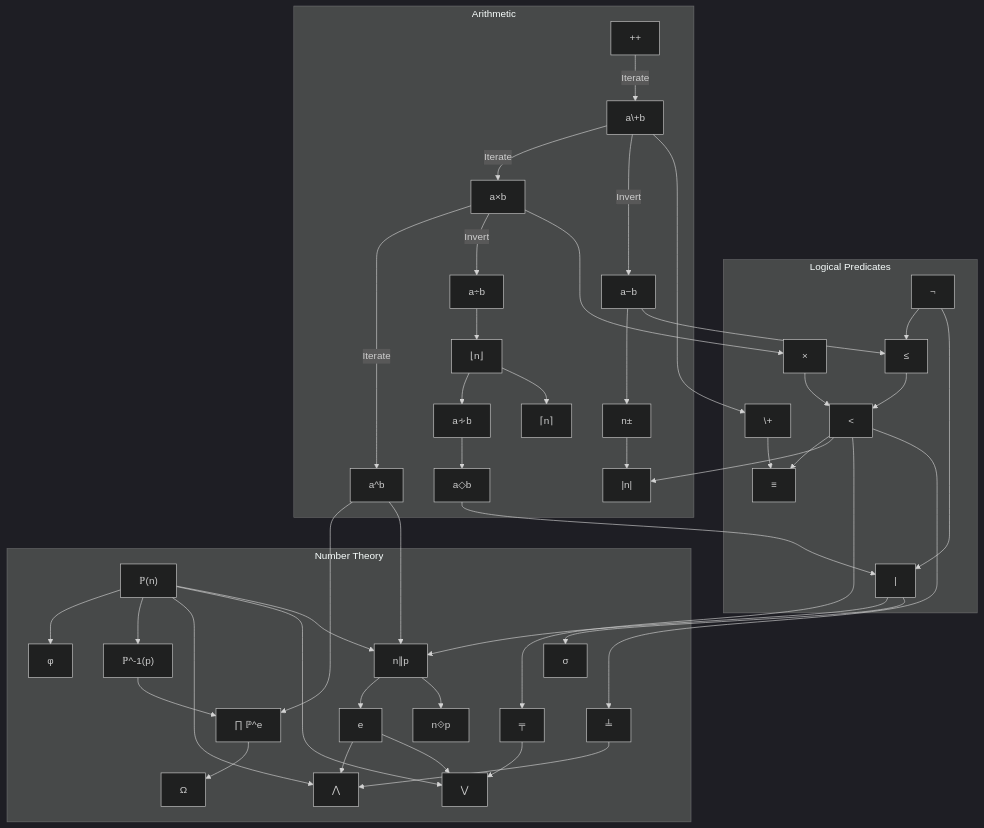
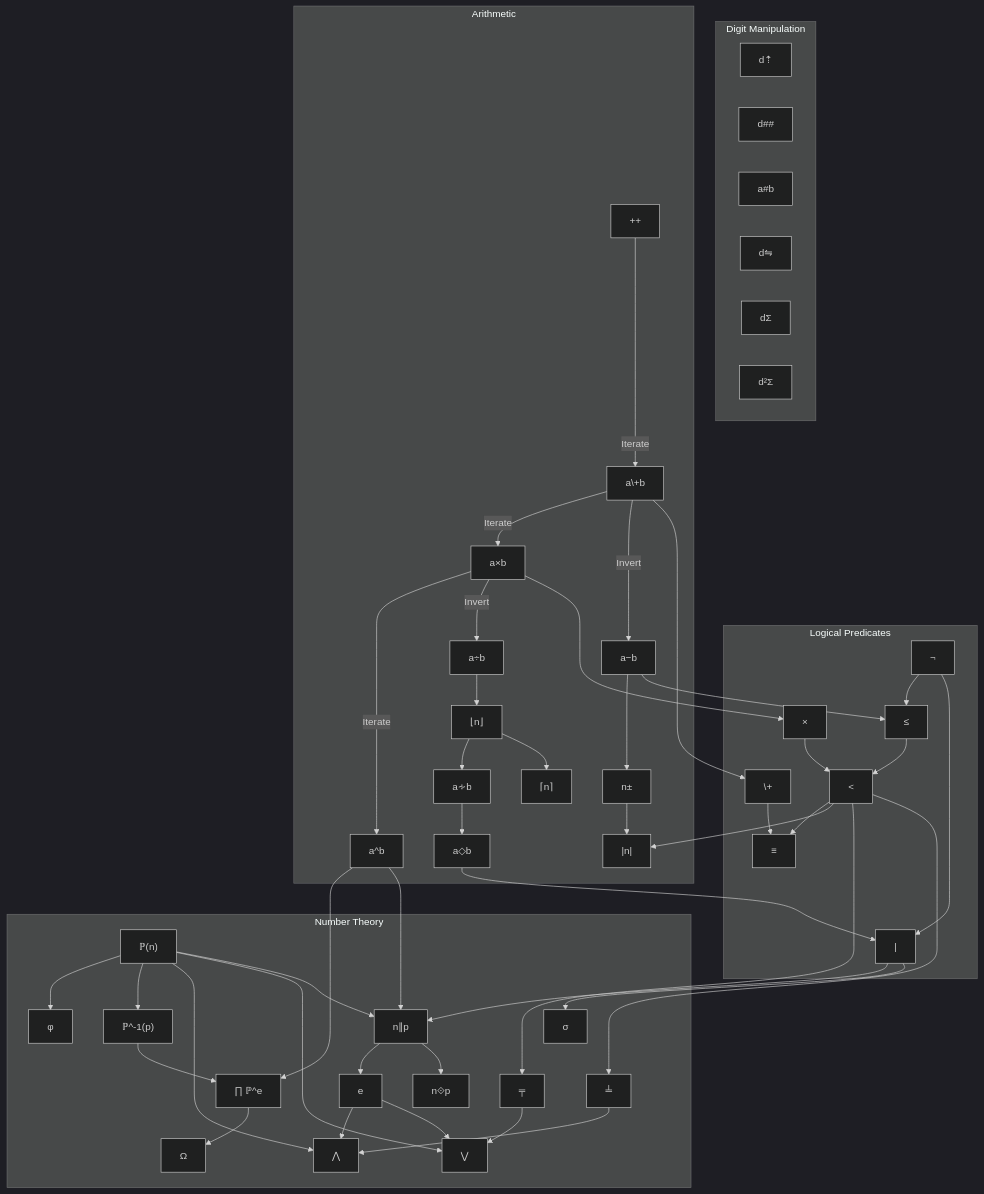
The diagram in docs/design_refs/dependency_map.mmd (Gammapod/AutoCalc), drawn with Mermaid (dark theme) before and after one commit. The commit also changed 16 other files, not shown here.

```diff
--- a/docs/design_refs/dependency_map.mmd
+++ b/docs/design_refs/dependency_map.mmd
@@ -1,137 +1,146 @@
 flowchart TD
 
 %% subgraph Inputs ["Value Expression"]
 %%     Iim["i"]
 %%     Idigits["0-9"]
 %% end
 %% subgraph Utilities ["Utilities"]
 %%     Uc["C"]
 %%     Uce["CE"]
 %% end
 %% subgraph Expressable ["Expressable Values"]
 %%     NP["ℙ (2)"]
 %%     NN["ℕ (1)"]
 %%     NZ["ℤ (-1)"]
 %%     NQ["ℚ (1/2)"]
 %%     NA["𝔸 (√2)"]
 %%     NR["ℝ (π)"]
 %%     NC["ℂ (√-1)"]
 %%     NP --> NN --> NZ --> NQ --> NA --> NR --> NC
 %% end
+
+subgraph Digits ["Digit Manipulation"]
+    Dsort["d⇡"]
+    Dcount["d##"]
+    Ddigitn["a#b"]
+    Dmirror["d⇋"]
+    Ddigsum["dΣ"]
+    Ddigsq["d²Σ"]
+end
 
 subgraph Logic ["Logical Predicates"]
     Lnot["¬"]
     %% Expanded form `[ ≤ 0 ]`
     Llte["≤"]
     %% Expanded form `[ ¬(a-b) ]
     Llt["<"]
     %% Expanded form `[ (a≤b) × ¬(¬(a-b))]
     Ldiv["|"]
     %% Expanded form `[ ¬(a◇b) ]
     Leq["≡"]
     %% Expanded form `[ ¬((a<b) + (b<a)) ]
     Land["×"]
     Lor["\+"]
     
     Lnot --> Llte --> Llt
     Lnot --> Ldiv
     Land --> Llt --> Leq
     Lor --> Leq
 end
 
 subgraph Arithmetic ["Arithmetic"]
     Ainc["++"]
     Aminus["a−b"]
     Aplus["a\+b"]
     Amul["a×b"]
     Aneg["n±"]
     Aabs["|n|"]
     %% Expanded form `[ (¬(n) × ±n) + ((0<n) × n) ]`
     Adiv["a÷b"]
     Afloor["⌊n⌋"]
     %% Expanded form `[a÷b] - FrAC`
     Aeudiv["a∻b"]
     %% Expanded form `[ ⌊a÷b⌋ ] `
     Aceil["⌈n⌉"]
     %% Expanded form `[ ⌊n⌋++ ]`
     Apow["a^b"]
     Amod["a◇b"]
     %% Expanded form `[ (a÷b) - (a∻b) ]`
 
     Ainc -->|Iterate| Aplus
     Aplus -->|Iterate| Amul
     Amul -->|Iterate| Apow
 
     Adiv --> Afloor
     Afloor --> Aeudiv
     Aeudiv --> Amod
     Afloor --> Aceil
 
     Aplus -->|Invert| Aminus
     Amul -->|Invert| Adiv
 
     Aminus --> Aneg    
     Aneg --> Aabs
 end
 
 subgraph Theory ["Number Theory"]
     Tntop["ℙ(n)"]
     %% Returns nth prime. ℙ(3) = 5
     Tpton["ℙ^-1(p)"]
     %% Returns index of prime p. ℙ^-1(5) = 3
     Tpadic["n∥p"]
     %% Expanded form `?`
     Texponent["e"]
     Tprime_expansion["∏ ℙ^e"]
     Tomega["Ω"]
     %% Expanded form `[ Σe_p ]`
     Ttotient["φ"]
     %% Expanded form `[ n × ∏(1-p^-1) ]`
     Tdivisor_sum["σ"]
     %% Expanded form `[ Σ( (d|n) × d) ]`
     Tgcd["⋀"]
     %% Expanded form `[ ∏p^(e_a ╤ e_b) ]`
     Tlcm["⋁"]
     %% Expanded form `[ ∏p^(e_a ╧ e_b) ]`
     Tmax["╧"]
     %% Expanded form `[ ((a<b)×b) + ¬((a≤b)×a) ]`
     Tmin["╤"]  
     %% Expanded form `[ ((a<b)×a) + ¬((a≤b)×b) ]`
     Tres["n⟐p"]
     %% %% Expanded form `n⟐p -> n/(p^(n∥p))`
     %% %% Expanded form `60⟐2=15 -> 60/(2^2)=15`
 
     Tntop --> Ttotient
 
     Tntop --> Tpton --> Tprime_expansion --> Tomega
 
     Tntop --> Tgcd
     Texponent --> Tgcd
     Tmax --> Tgcd
 
     Tntop --> Tlcm
     Texponent --> Tlcm
     Tmin --> Tlcm
     Tntop --> Tpadic --> Texponent
     Tpadic --> Tres
 end
 
 Ldiv --> Tpadic
 Llt --> Aabs
 Amod --> Ldiv
 Apow --> Tprime_expansion
 Apow --> Tpadic
 Ldiv --> Tdivisor_sum
 Llt --> Tmin
 Llt --> Tmax
 Aminus --> Llte
 Amul --> Land
 Aplus --> Lor
 
     %% 
 %% Idigits --> NN
 %% 
 %% Aneg --> NZ
 %% 
 %% Adiv --> NQ
 %% Iim --> NC
```
